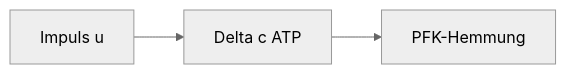
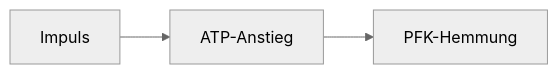
Before and after one commit to jochen-hanisch/research: the first of 3 diagrams in Systemtheorie/Reflexion.md, drawn with Mermaid (neutral theme). The commit also changed other lines of this file, not shown here.

Commit message:
Verbesserung der Klarheit und Präzision in der Darstellung von Reflexionsoperationen durch Anpassung von Diagrammen und Formulierungen in der Analyse biologischer Systeme.

````diff
--- a/Systemtheorie/Reflexion.md
+++ b/Systemtheorie/Reflexion.md
@@ -147,5 +147,5 @@
 ```mermaid
 flowchart LR
-    U[Impuls u] --> FB[Delta c ATP]
+    U[Impuls] --> FB[ATP-Anstieg]
     FB --> R[PFK-Hemmung]
 ```
````
